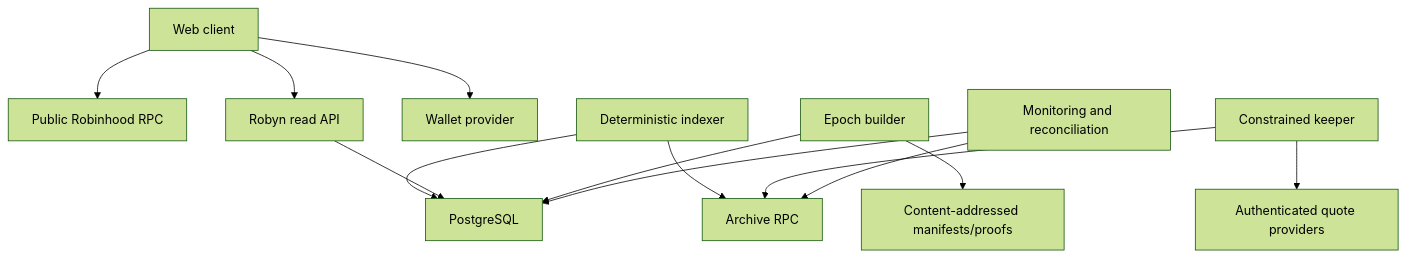
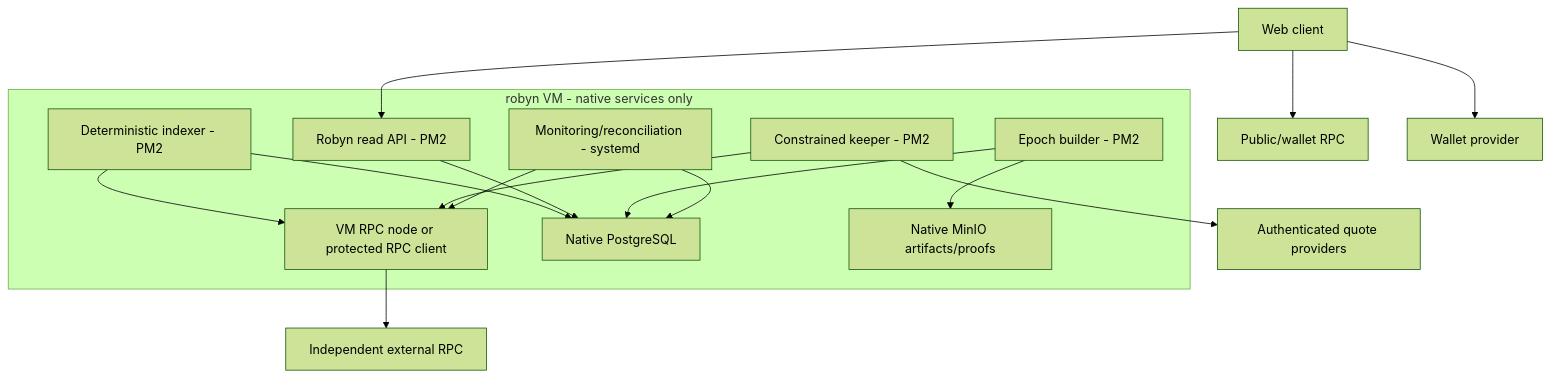
Before and after one commit to fourtytwo42/Robyn: the diagram in prd/05-platform-data-and-infrastructure.md, drawn with Mermaid (forest theme). The commit also changed other lines of this file and 13 other files, not shown here.

````diff
--- a/prd/05-platform-data-and-infrastructure.md
+++ b/prd/05-platform-data-and-infrastructure.md
@@ -13,15 +13,28 @@
 ```mermaid
 flowchart TB
-    W["Web client"] --> P["Public Robinhood RPC"]
-    W --> API["Robyn read API"]
+    W["Web client"] --> P["Public/wallet RPC"]
     W --> WAL["Wallet provider"]
-    IDX["Deterministic indexer"] --> ARC["Archive RPC"]
-    IDX --> DB["PostgreSQL"]
+    QUOTE["Authenticated quote providers"]
+    EXT["Independent external RPC"]
+    subgraph VM["robyn VM - native services only"]
+        API["Robyn read API - PM2"]
+        IDX["Deterministic indexer - PM2"]
+        EPOCH["Epoch builder - PM2"]
+        KEEP["Constrained keeper - PM2"]
+        MON["Monitoring/reconciliation - systemd"]
+        ARC["VM RPC node or protected RPC client"]
+        DB["Native PostgreSQL"]
+        OBJ["Native MinIO artifacts/proofs"]
+    end
+    W --> API
+    IDX --> ARC
+    IDX --> DB
     API --> DB
-    EPOCH["Epoch builder"] --> DB
-    EPOCH --> OBJ["Content-addressed manifests/proofs"]
-    KEEP["Constrained keeper"] --> ARC
-    KEEP --> QUOTE["Authenticated quote providers"]
-    MON["Monitoring and reconciliation"] --> ARC
+    EPOCH --> DB
+    EPOCH --> OBJ
+    KEEP --> ARC
+    KEEP --> QUOTE
+    MON --> ARC
     MON --> DB
+    ARC --> EXT
 ```
````
